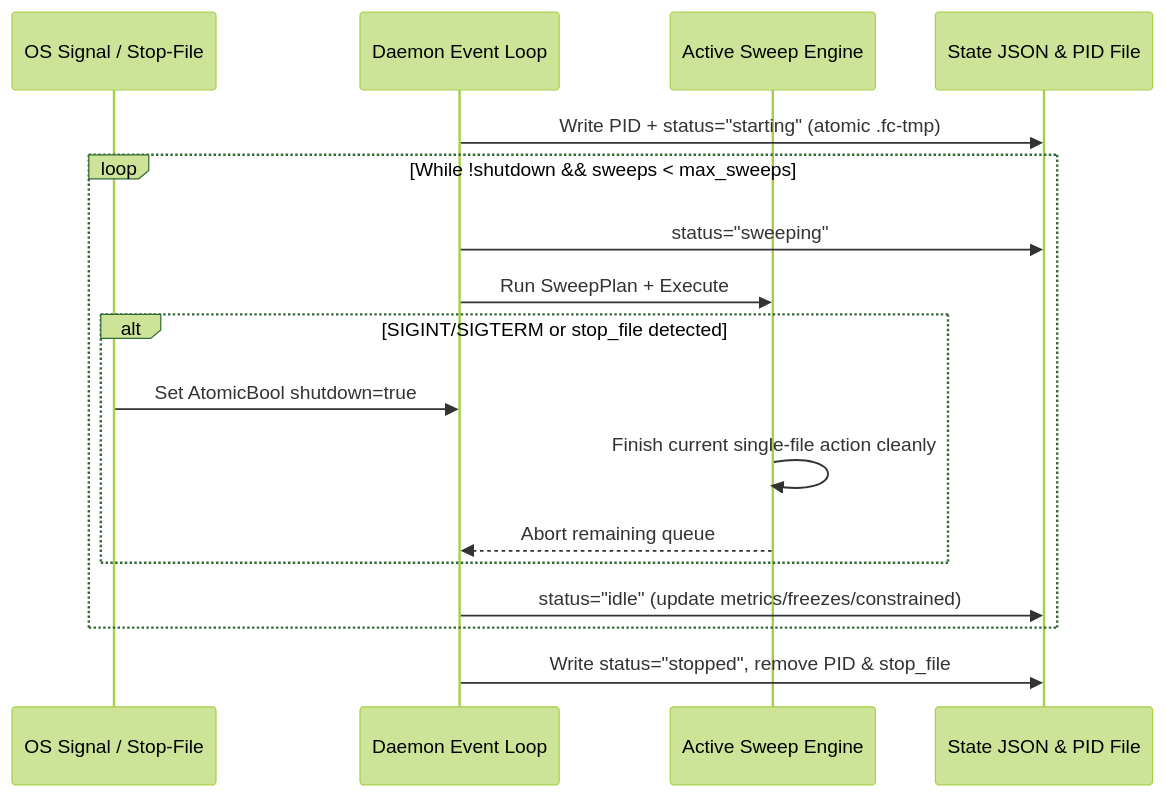
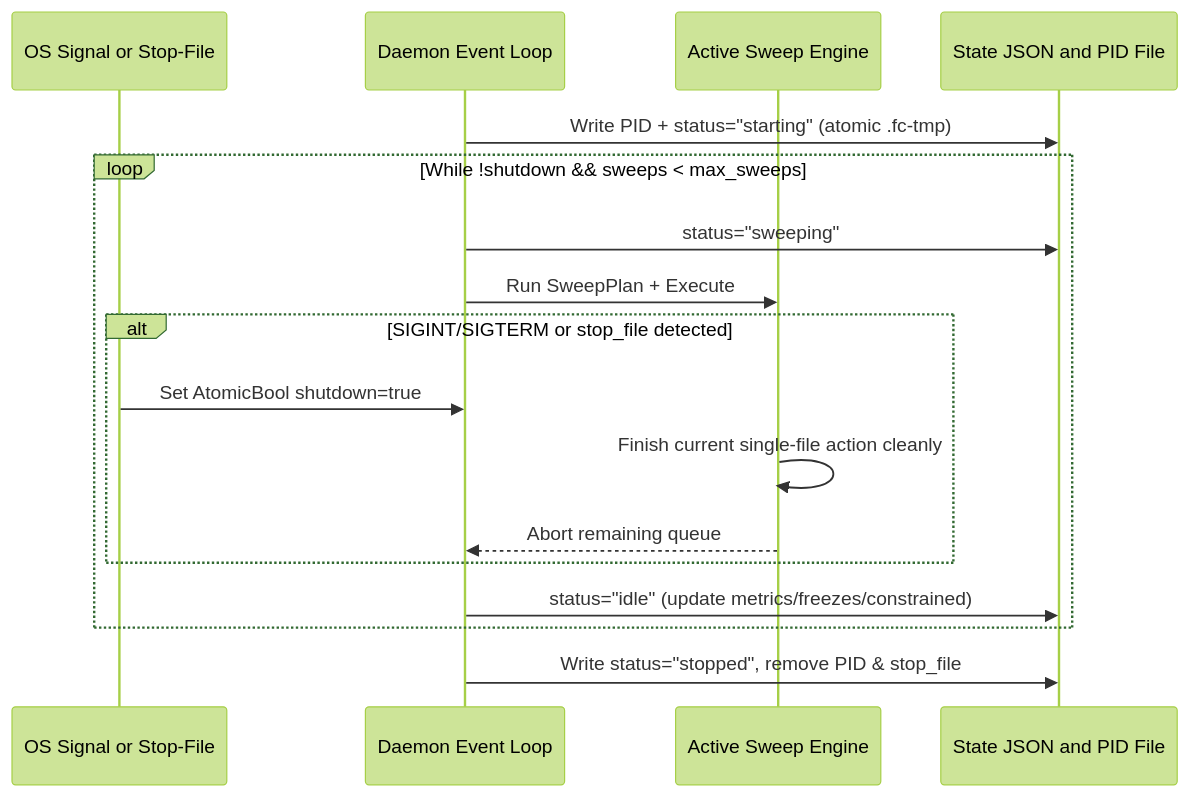
One commit to jmrenouard/FileCleaner changed the third of 3 diagrams in docs/en/SPECIFICATIONS.md. Above: the diagram before and after it, drawn with Mermaid (forest theme). The commit also changed other lines of this file and 43 other files, not shown here.

Commit message:
docs: separate EN/FR MkDocs sites, add French Diataxis tree, and verify Mermaid & E2E docs (#40)

````diff
--- a/docs/en/SPECIFICATIONS.md
+++ b/docs/en/SPECIFICATIONS.md
@@ -834,20 +834,20 @@
 ```mermaid
 sequenceDiagram
-    participant OS as OS Signal / Stop-File
+    participant OS as OS Signal or Stop-File
     participant D as Daemon Event Loop
     participant E as Active Sweep Engine
-    participant S as State JSON & PID File
+    participant S as State JSON and PID File
 
     D->>S: Write PID + status="starting" (atomic .fc-tmp)
     loop While !shutdown && sweeps < max_sweeps
         D->>S: status="sweeping"
         D->>E: Run SweepPlan + Execute
         alt SIGINT/SIGTERM or stop_file detected
             OS->>D: Set AtomicBool shutdown=true
             E->>E: Finish current single-file action cleanly
             E-->>D: Abort remaining queue
         end
         D->>S: status="idle" (update metrics/freezes/constrained)
     end
     D->>S: Write status="stopped", remove PID & stop_file
 ```
````
